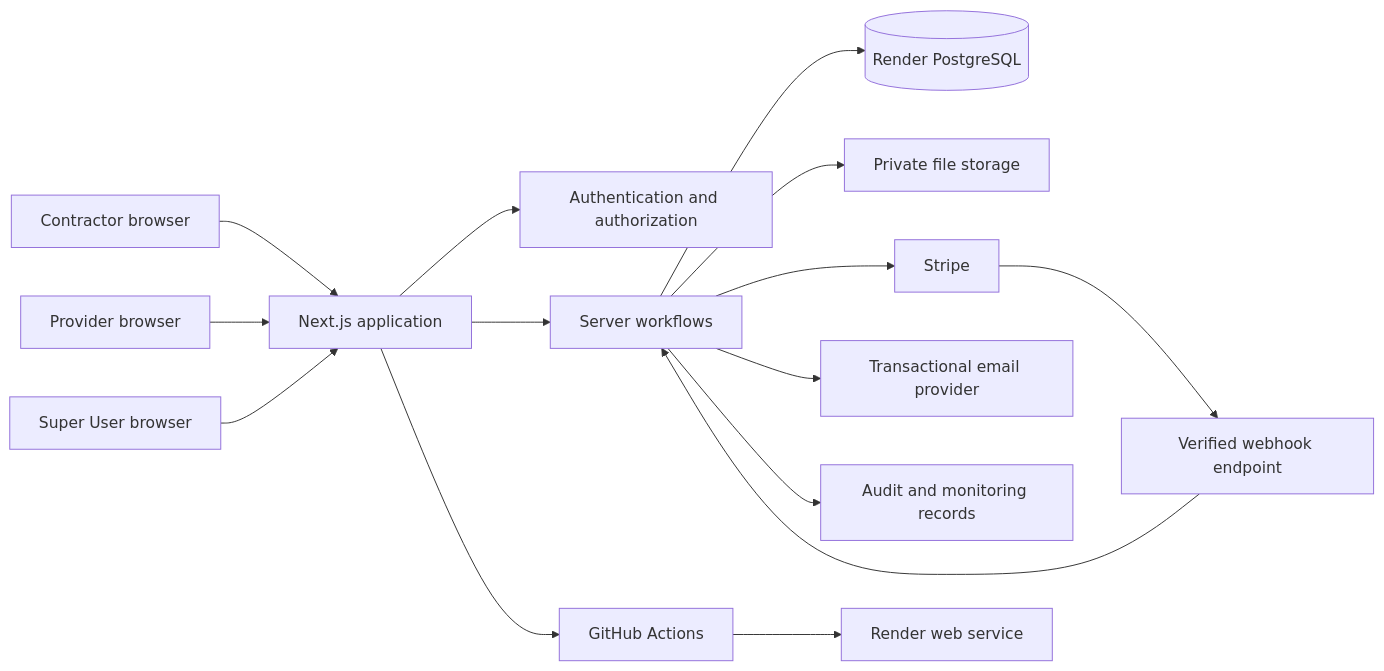
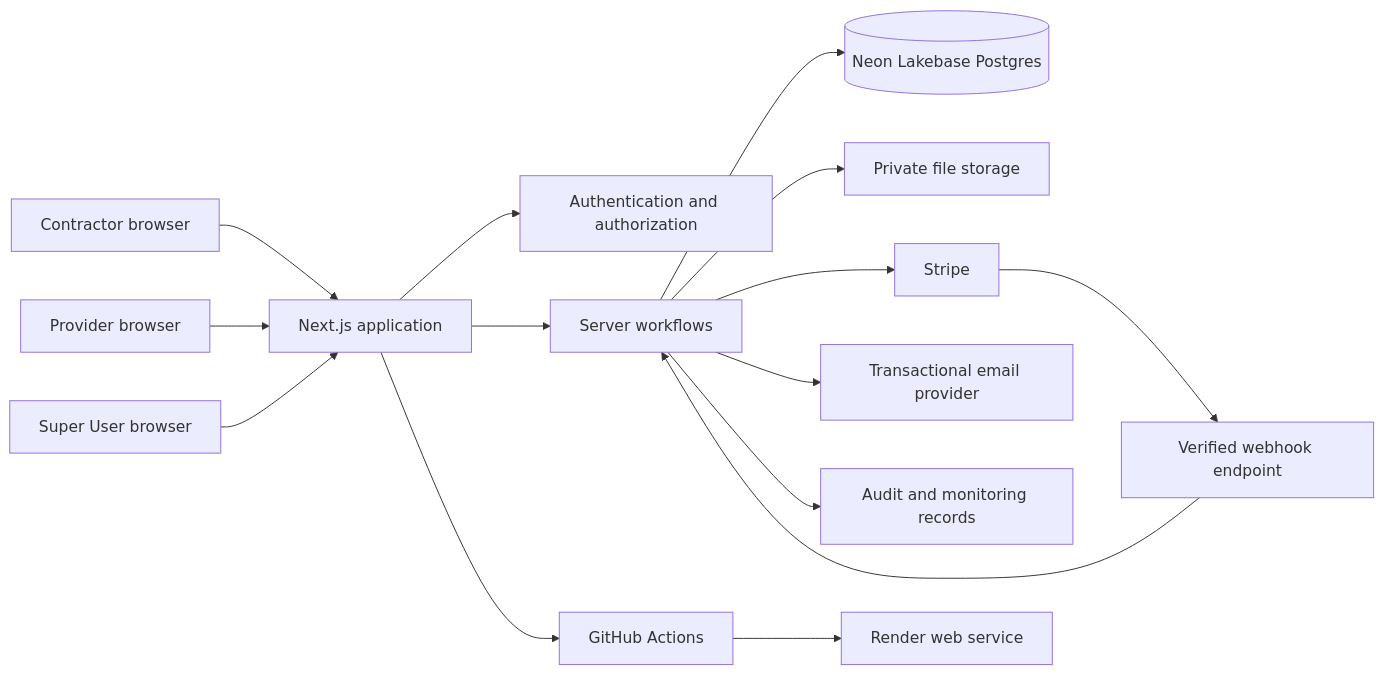
One commit to Jondoe0285/Tender changed the first of 2 diagrams in docs/Architecture.md. Above: the diagram before and after it, drawn with Mermaid. The commit also changed other lines of this file and 33 other files, not shown here.

````diff
--- a/docs/Architecture.md
+++ b/docs/Architecture.md
@@ -27,17 +35,17 @@
 ```mermaid
 flowchart LR
     Contractor[Contractor browser] --> Web[Next.js application]
     Provider[Provider browser] --> Web
     Admin[Super User browser] --> Web
     Web --> Auth[Authentication and authorization]
     Web --> Domain[Server workflows]
-    Domain --> SQL[(Render PostgreSQL)]
+    Domain --> SQL[(Neon Lakebase Postgres)]
     Domain --> Files[Private file storage]
     Domain --> Stripe[Stripe]
     Stripe --> Webhook[Verified webhook endpoint]
     Domain --> Email[Transactional email provider]
     Webhook --> Domain
     Domain --> Audit[Audit and monitoring records]
     Web --> Actions[GitHub Actions]
     Actions --> App[Render web service]
 ```
````
